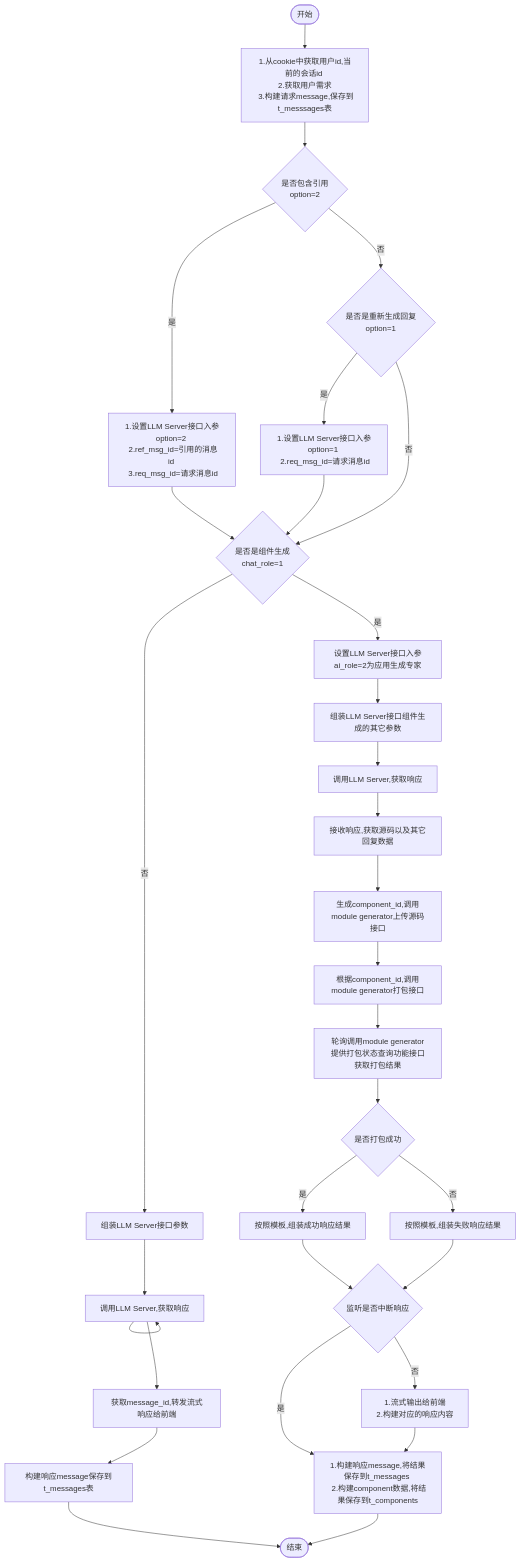
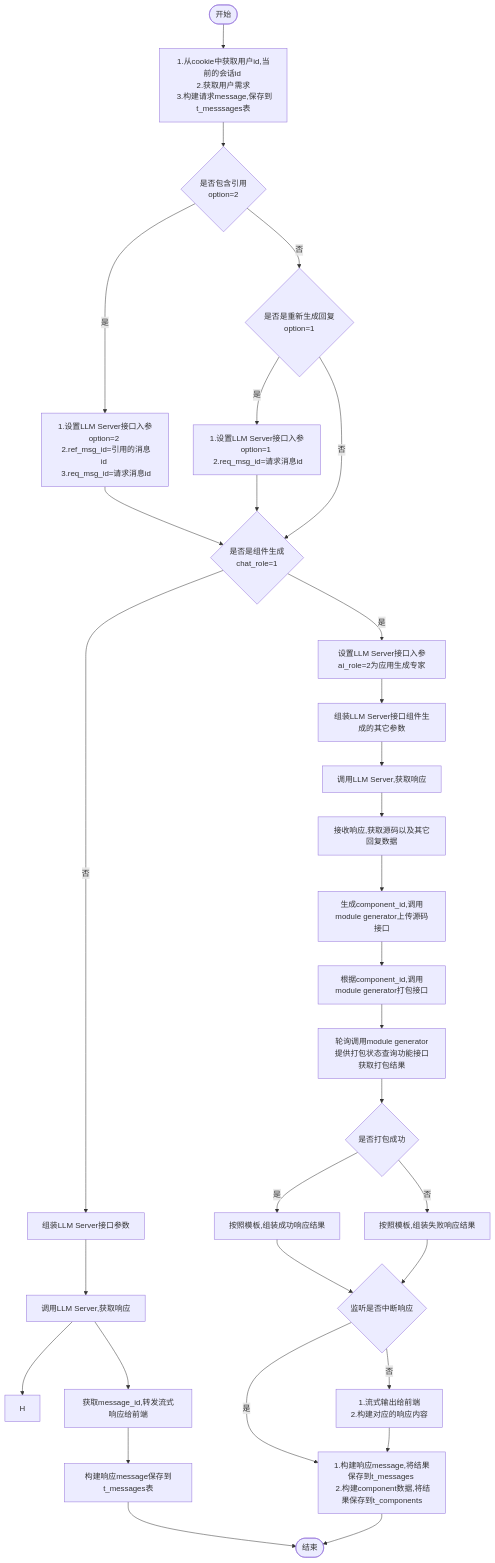
The diagram in all/未命名-8.md (yingjianzh/iodraw-files), drawn with Mermaid before and after one commit.

Commit message:
2024-10-16 09:17:52 update

````diff
--- a/all/未命名-8.md
+++ b/all/未命名-8.md
@@ -1,37 +1,37 @@
 ```mermaid
 flowchart TD
     A([开始]) --> B[1.从cookie中获取用户id,当前的会话id \n 2.获取用户需求 \n 3.构建请求message,保存到t_messsages表]
     B--> D{是否包含引用 \n option=2}
     D -- 是 --> E[1.设置LLM Server接口入参option=2 \n 2.ref_msg_id=引用的消息id \n 3.req_msg_id=请求消息id]
     D -- 否 --> F{是否是重新生成回复\n option=1}
     F -- 是 --> G[1.设置LLM Server接口入参option=1 \n 2.req_msg_id=请求消息id]
     F -- 否 --> I
      
     E & G --> I{是否是组件生成 \n chat_role=1}
     I -- 否 --> M[组装LLM Server接口参数] 
     I -- 是 --> J[设置LLM Server接口入参ai_role=2为应用生成专家]
     
 
     J --> L[组装LLM Server接口组件生成的其它参数]    
     M --> N[调用LLM Server,获取响应]
-    N -->    
+    N --> H    
     N --> O[获取message_id,转发流式响应给前端]
     O --> P[构建响应message保存到t_messages表]
     P --> R([结束])
 
 
     L --> S[调用LLM Server,获取响应]
     S --> T[接收响应,获取源码以及其它回复数据]
     T --> U[生成component_id,调用module generator上传源码接口]
     U --> V[根据component_id,调用module generator打包接口]
     V --> W[轮询调用module generator提供打包状态查询功能接口获取打包结果]
     W --> X{是否打包成功}
     X -- 是 --> Y[按照模板,组装成功响应结果]
     X -- 否 --> Z[按照模板,组装失败响应结果]
     Y & Z --> Done{监听是否中断响应}
     Done -- 是 --> Result
     Done -- 否 --> OutPut[1.流式输出给前端 \n 2.构建对应的响应内容]
 
     OutPut --> Result[1.构建响应message,将结果保存到t_messages \n 2.构建component数据,将结果保存到t_components]
     Result --> R
 ```
````
